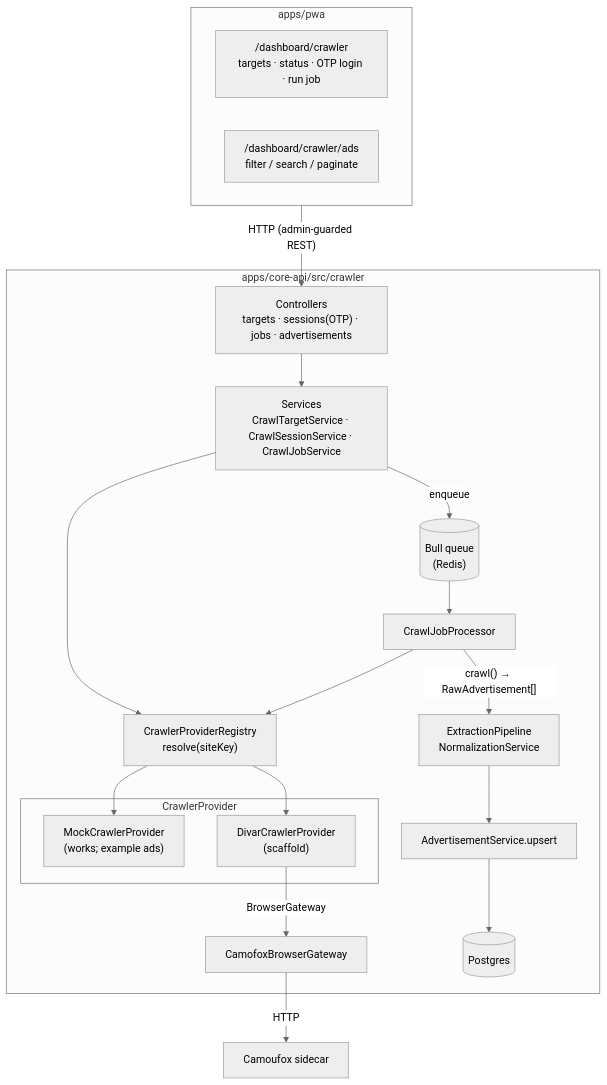
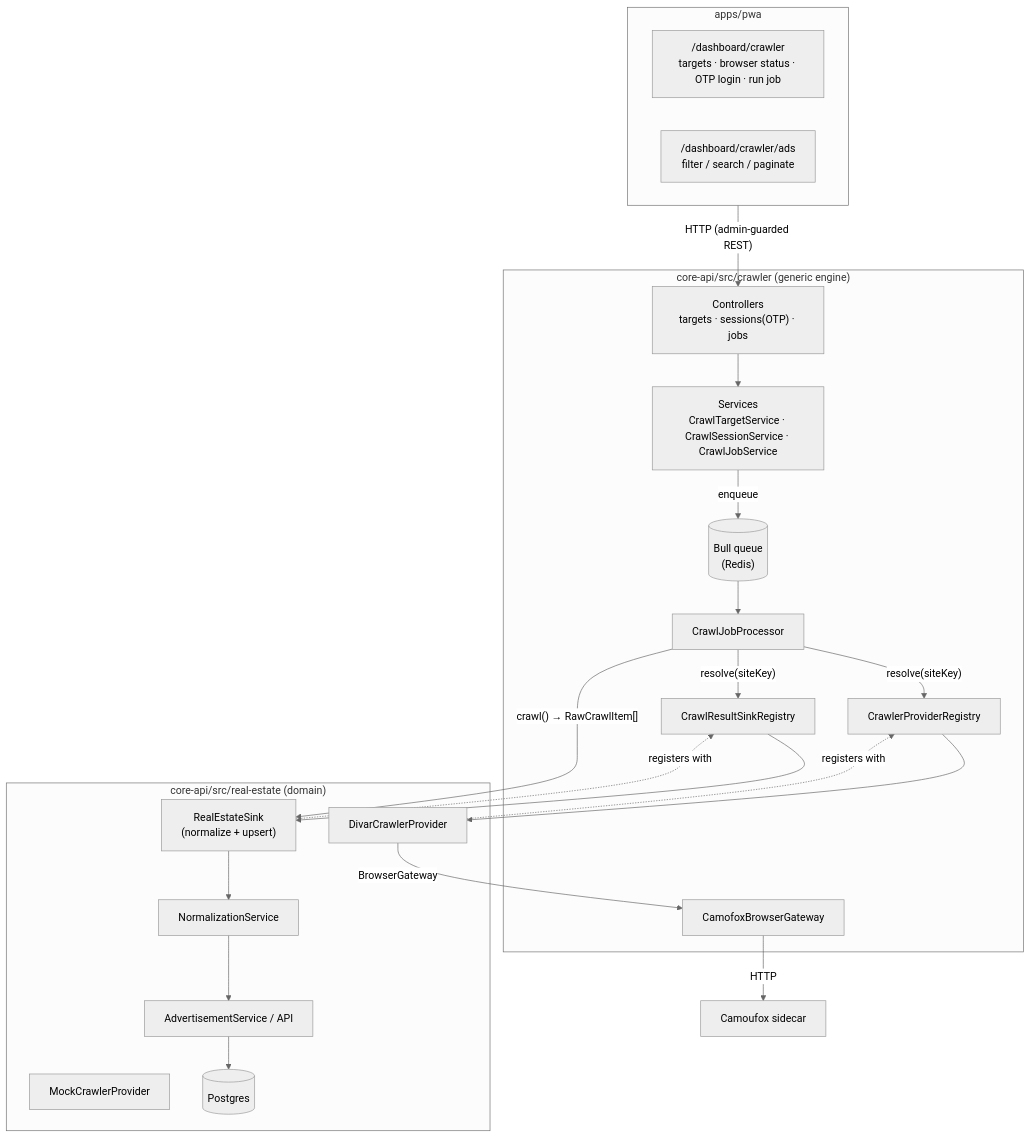
One commit to alijany/amlaak changed the diagram in docs/architecture/overview.md. Above: the diagram before and after it, drawn with Mermaid (neutral theme). The commit also changed other lines of this file and 38 other files, not shown here.

Commit message:
add divar realestate crawler

````diff
--- a/docs/architecture/overview.md
+++ b/docs/architecture/overview.md
@@ -10,41 +18,39 @@
 ```mermaid
 flowchart TB
     subgraph PWA["apps/pwa"]
-        UI1["/dashboard/crawler\ntargets · status · OTP login · run job"]
+        UI1["/dashboard/crawler\ntargets · browser status · OTP login · run job"]
         UI2["/dashboard/crawler/ads\nfilter / search / paginate"]
     end
 
-    subgraph CORE["apps/core-api/src/crawler"]
-        CTR["Controllers\ntargets · sessions(OTP) · jobs · advertisements"]
+    subgraph ENGINE["core-api/src/crawler (generic engine)"]
+        CTR["Controllers\ntargets · sessions(OTP) · jobs"]
         SVC["Services\nCrawlTargetService · CrawlSessionService · CrawlJobService"]
         QUEUE[("Bull queue\n(Redis)")]
         PROC["CrawlJobProcessor"]
-        REG["CrawlerProviderRegistry\nresolve(siteKey)"]
+        PREG["CrawlerProviderRegistry"]
+        SREG["CrawlResultSinkRegistry"]
+        GW["CamofoxBrowserGateway"]
+    end
 
-        subgraph PROVS["CrawlerProvider"]
-            MOCK["MockCrawlerProvider\n(works; example ads)"]
-            DIVAR["DivarCrawlerProvider\n(scaffold)"]
-        end
-
-        GW["CamofoxBrowserGateway"]
-        PIPE["ExtractionPipeline\nNormalizationService"]
-        UPS["AdvertisementService.upsert"]
+    subgraph RE["core-api/src/real-estate (domain)"]
+        DIVAR["DivarCrawlerProvider"]
+        MOCK["MockCrawlerProvider"]
+        SINK["RealEstateSink\n(normalize + upsert)"]
+        NORM["NormalizationService"]
+        ADS["AdvertisementService / API"]
         DB[(Postgres)]
     end
 
     CAM["Camoufox sidecar"]
 
     PWA -->|"HTTP (admin-guarded REST)"| CTR
     CTR --> SVC
-    SVC --> REG
-    SVC -->|enqueue| QUEUE
-    QUEUE --> PROC
-    PROC --> REG
-    REG --> MOCK
-    REG --> DIVAR
-    DIVAR -->|BrowserGateway| GW
-    GW -->|HTTP| CAM
-    PROC -->|"crawl() → RawAdvertisement[]"| PIPE
-    PIPE --> UPS
-    UPS --> DB
+    SVC -->|enqueue| QUEUE --> PROC
+    PROC -->|"resolve(siteKey)"| PREG --> DIVAR
+    PROC -->|"resolve(siteKey)"| SREG --> SINK
+    DIVAR -->|BrowserGateway| GW -->|HTTP| CAM
+    PROC -->|"crawl() → RawCrawlItem[]"| SINK
+    SINK --> NORM --> ADS --> DB
+    DIVAR -. registers with .-> PREG
+    SINK -. registers with .-> SREG
 ```
````
